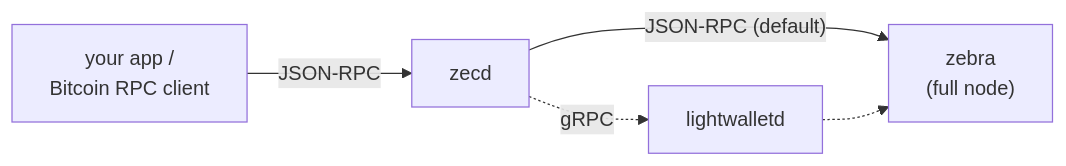
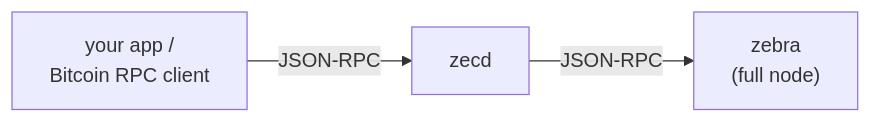
The diagram in README.md (zecrocks/zecd), drawn with Mermaid before and after one commit. The commit also changed other lines of this file and 55 other files, not shown here.

First line of the commit message:
Slim zecd to zebra-only: remove lightwalletd, cloud-KMS, SOCKS5, Prometheus

````diff
--- a/README.md
+++ b/README.md
@@ -28,6 +27,5 @@
 ```mermaid
 flowchart LR
     app["your app /<br>Bitcoin RPC client"] -->|JSON-RPC| zecd
-    zecd -->|"JSON-RPC (default)"| zebra["zebra<br>(full node)"]
-    zecd -.->|gRPC| lwd[lightwalletd] -.-> zebra
+    zecd -->|JSON-RPC| zebra["zebra<br>(full node)"]
 ```
````
